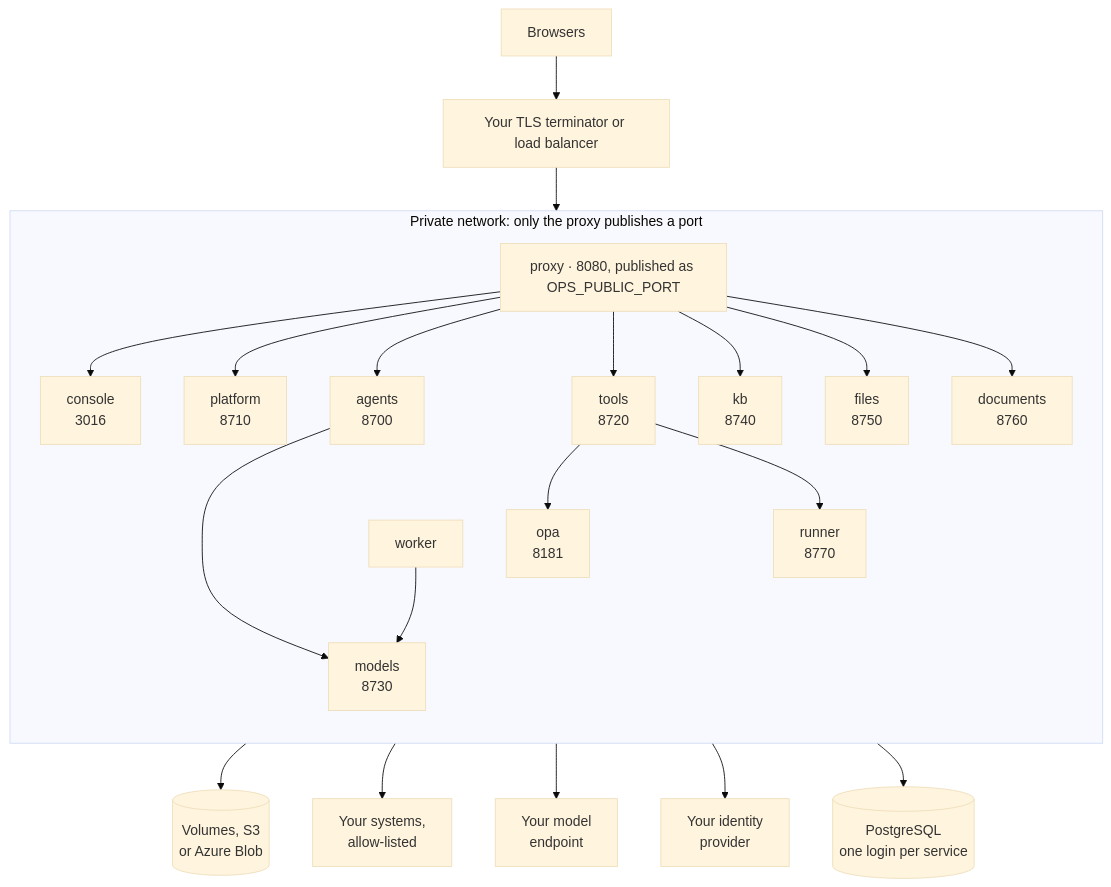
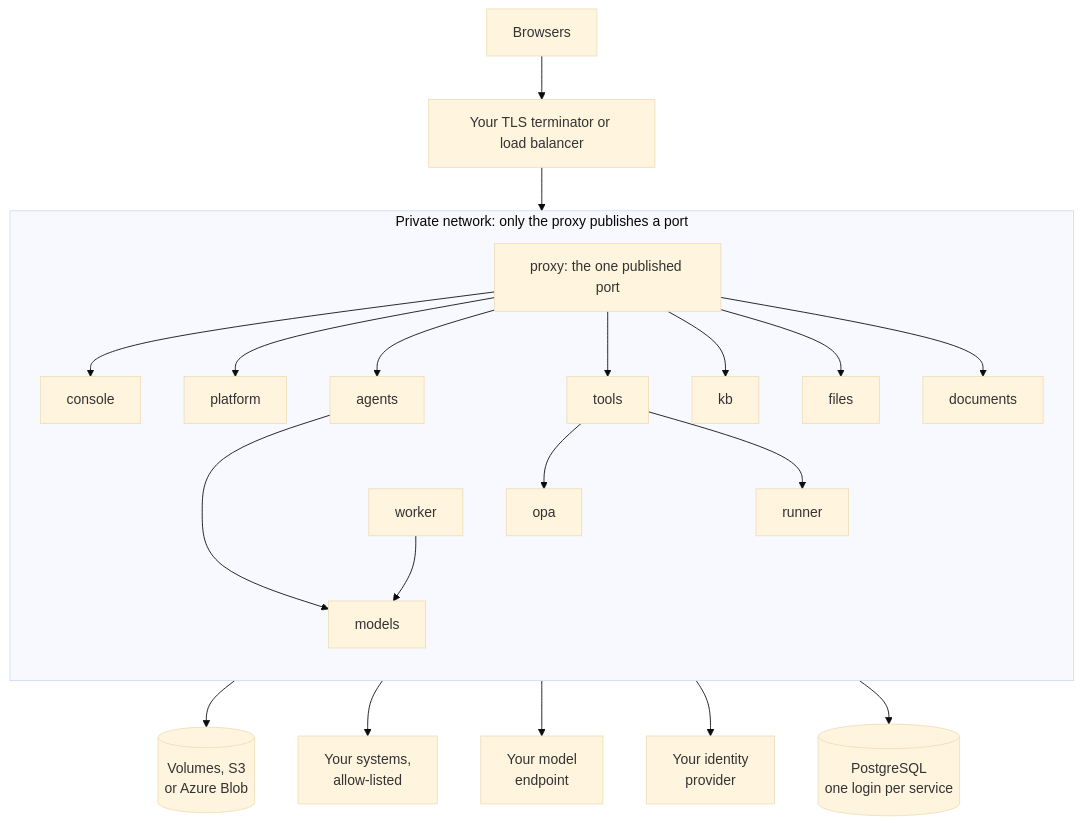
Before and after one commit to chanl-ai/ops-ai: the diagram in docs/guide/system-components.md, drawn with Mermaid (base theme). The commit also changed other lines of this file and 19 other files, not shown here.

````diff
--- a/docs/guide/system-components.md
+++ b/docs/guide/system-components.md
@@ -11,19 +11,19 @@
 ```mermaid
 flowchart TB
   B["Browsers"]:::outside --> LB["Your TLS terminator or load balancer"]:::outside
-  LB --> P["proxy · 8080, published as OPS_PUBLIC_PORT"]
+  LB --> P["proxy: the one published port"]
   subgraph NET["Private network: only the proxy publishes a port"]
     direction TB
-    P --> C["console<br/>3016"] & PL["platform<br/>8710"] & AG["agents<br/>8700"] & TO["tools<br/>8720"] & KB["kb<br/>8740"] & FI["files<br/>8750"] & DO["documents<br/>8760"]
+    P --> C["console"] & PL["platform"] & AG["agents"] & TO["tools"] & KB["kb"] & FI["files"] & DO["documents"]
     W["worker"]
-    AG & W --> MO["models<br/>8730"]
-    TO --> OPA["opa<br/>8181"]
-    TO --> RU["runner<br/>8770"]
+    AG & W --> MO["models"]
+    TO --> OPA["opa"]
+    TO --> RU["runner"]
     AG ~~~ W
   end
   NET --> PG[("PostgreSQL<br/>one login per service")]:::store
   FI --> VOL[("Volumes, S3<br/>or Azure Blob")]:::store
   TO --> SYS["Your systems,<br/>allow-listed"]:::outside
   MO --> LLM["Your model<br/>endpoint"]:::outside
   PL --> IDP["Your identity<br/>provider"]:::outside
 ```
````
